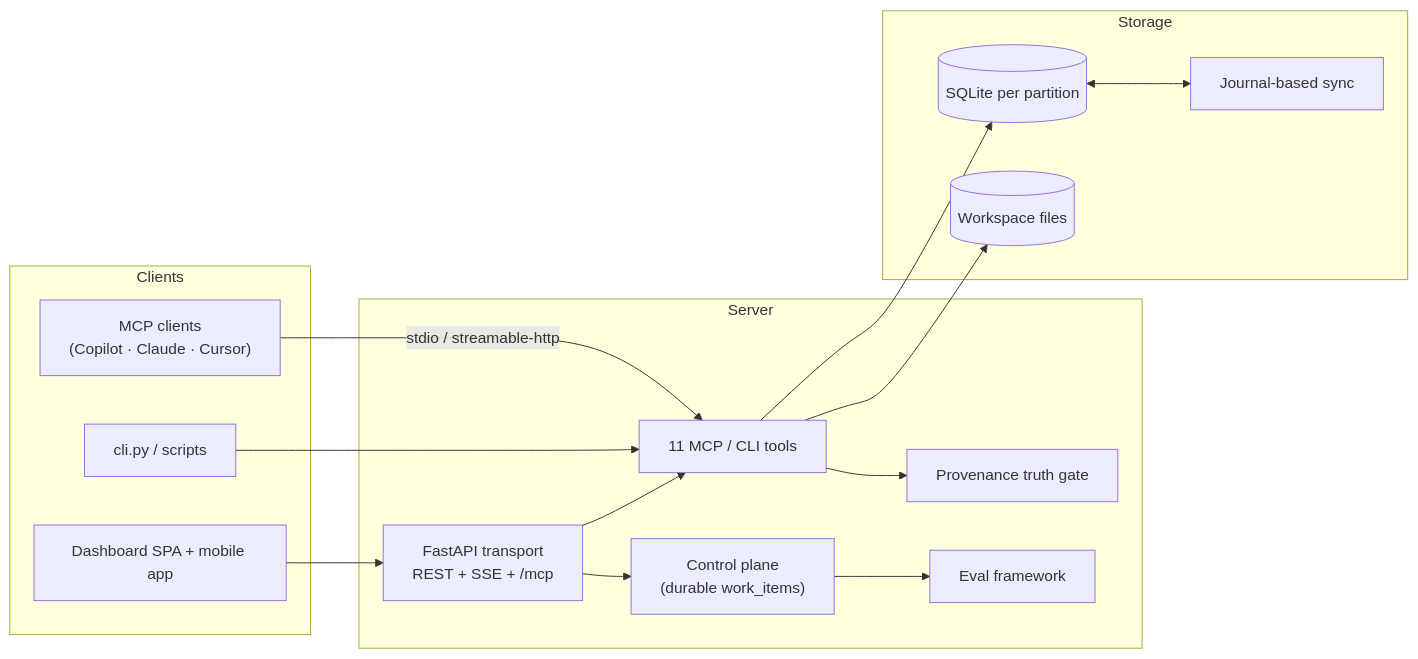
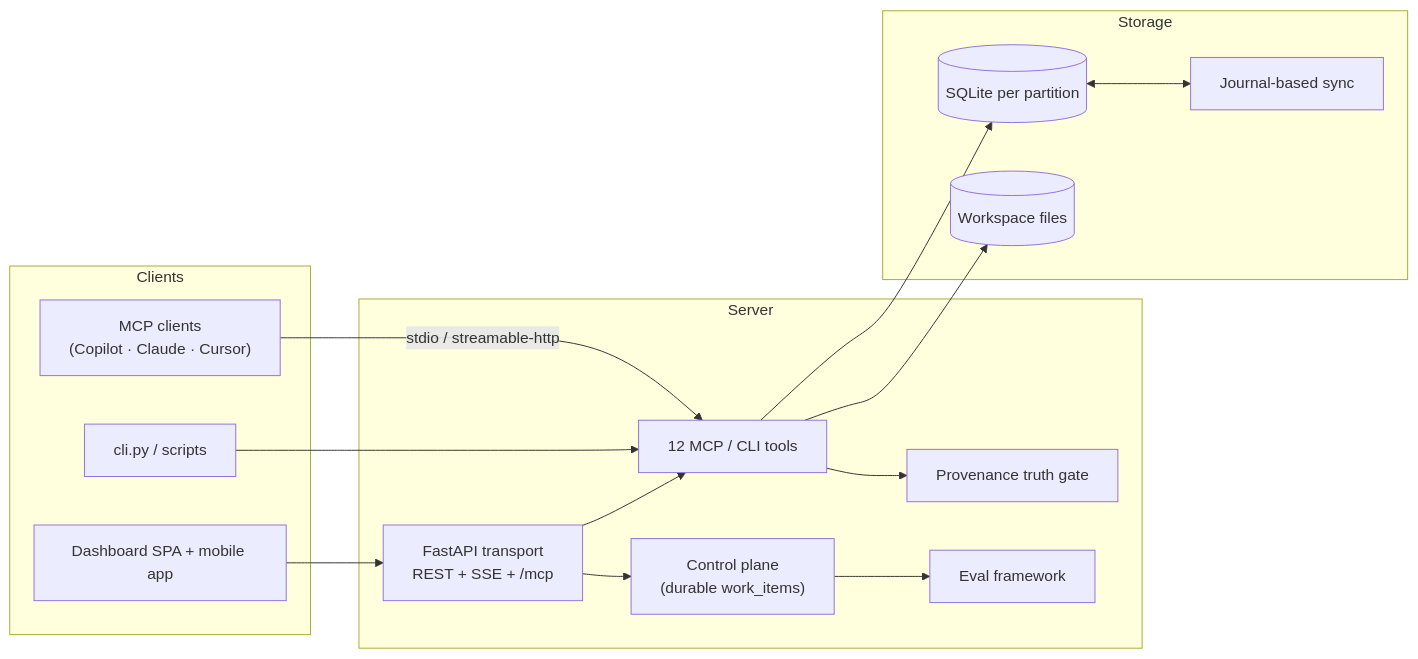
One commit to JustLikeFrank3/jobContextMCP changed the diagram in README.md. Above: the diagram before and after it, drawn with Mermaid. The commit also changed other lines of this file and 1 other file, not shown here.

````diff
--- a/README.md
+++ b/README.md
@@ -179,30 +179,30 @@
 ```mermaid
 flowchart LR
     subgraph Clients
         AI["MCP clients<br/>(Copilot · Claude · Cursor)"]
         WEB["Dashboard SPA + mobile app"]
         CLI["cli.py / scripts"]
     end
     subgraph Server
-        TOOLS["11 MCP / CLI tools"]
+        TOOLS["12 MCP / CLI tools"]
         HTTP["FastAPI transport<br/>REST + SSE + /mcp"]
         WORK["Control plane<br/>(durable work_items)"]
         GATE["Provenance truth gate"]
         EVALS["Eval framework"]
     end
     subgraph Storage
         DB[("SQLite per partition")]
         WS[("Workspace files")]
         SYNC["Journal-based sync"]
     end
     AI -->|stdio / streamable-http| TOOLS
     WEB --> HTTP
     CLI --> TOOLS
     HTTP --> TOOLS
     HTTP --> WORK
     TOOLS --> GATE
     TOOLS --> DB
     TOOLS --> WS
     DB <--> SYNC
     WORK --> EVALS
 ```
````
